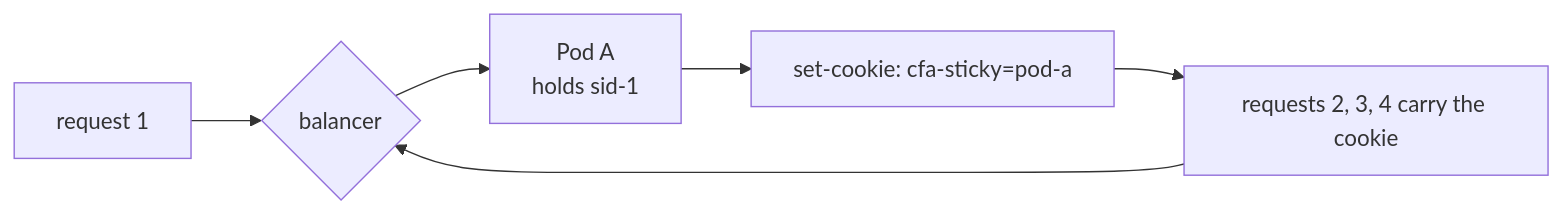
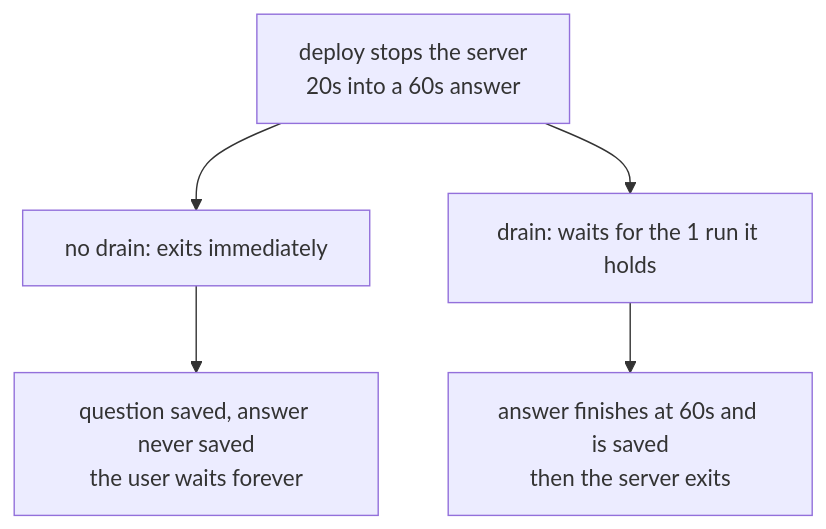
Before and after one commit to selvakumarperumal/Corporate_Filing_Analyzer_Agent: the fourth of 15 diagrams in docs/TESTING-SCALING.md, drawn with Mermaid. The commit also changed other lines of this file, not shown here.

Commit message:
docs: streamline scaling test guide with plain-language summaries, settings tables, and clear architectural diagrams

````diff
--- a/docs/TESTING-SCALING.md
+++ b/docs/TESTING-SCALING.md
@@ -332,6 +414,7 @@
 ```mermaid
-flowchart LR
-  R1["request 1"] --> LB{"balancer"} --> A["Pod A<br/>holds sid-1"]
-  A --> CK["set-cookie: cfa-sticky=pod-a"]
-  CK --> R2["requests 2, 3, 4 carry the cookie"] --> LB
+flowchart TB
+  T["deploy stops the server<br/>20s into a 60s answer"] --> N["no drain: exits immediately"]
+  T --> D["drain: waits for the 1 run it holds"]
+  N --> N2["question saved, answer never saved<br/>the user waits forever"]
+  D --> D2["answer finishes at 60s and is saved<br/>then the server exits"]
 ```
````
